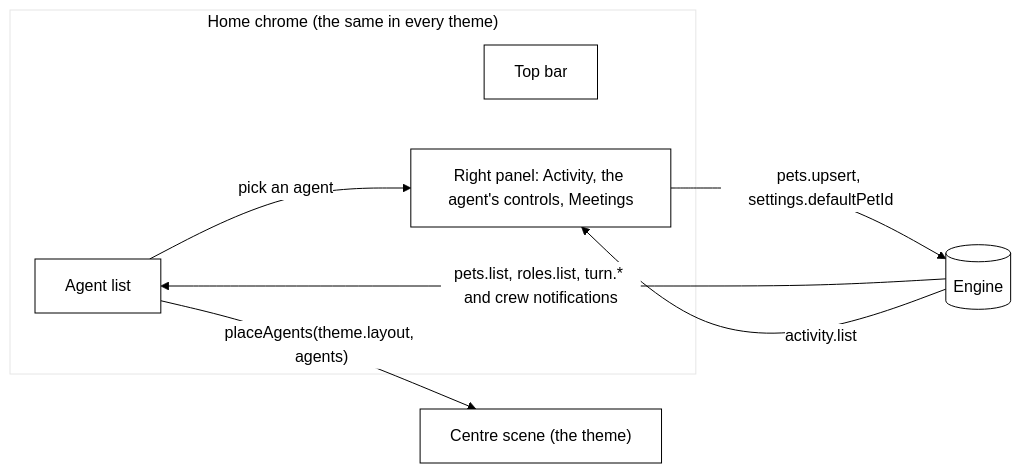
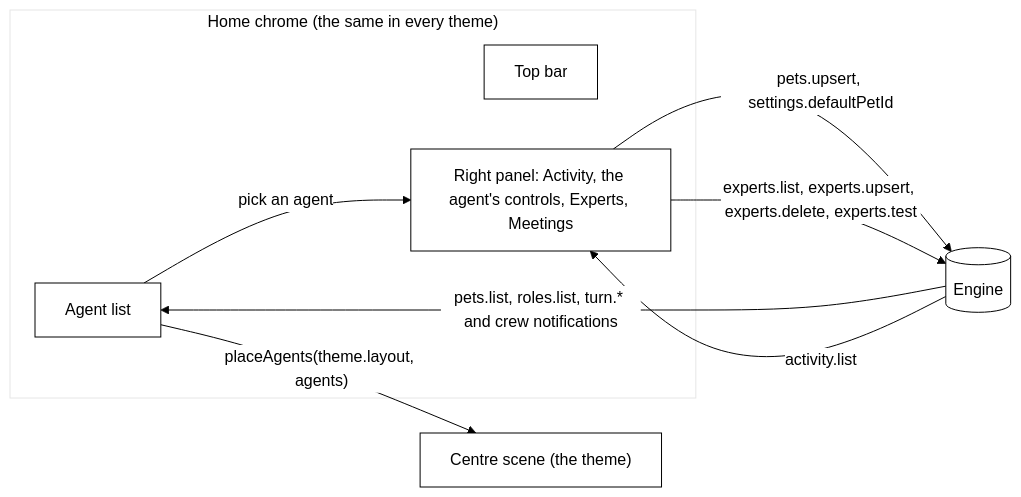
One commit to nadeem4/tagalong changed the fifth of 8 diagrams in docs/architecture.md. Above: the diagram before and after it, drawn with Mermaid. The commit also changed other lines of this file and 16 other files, not shown here.

````diff
--- a/docs/architecture.md
+++ b/docs/architecture.md
@@ -718,15 +729,16 @@
 ```mermaid
 %%{init: {"theme": "base", "themeVariables": {"primaryColor": "#ffffff", "primaryTextColor": "#000000", "primaryBorderColor": "#000000", "lineColor": "#000000", "secondaryColor": "#ffffff", "tertiaryColor": "#ffffff", "background": "#ffffff"}}}%%
 flowchart LR
   subgraph Chrome["Home chrome (the same in every theme)"]
     Bar[Top bar]
     List[Agent list]
-    Side["Right panel: Activity, the agent's controls, Meetings"]
+    Side["Right panel: Activity, the agent's controls, Experts, Meetings"]
   end
   Scene["Centre scene (the theme)"]
   Engine[(Engine)] -- "pets.list, roles.list, turn.* and crew notifications" --> List
   Engine -- "activity.list" --> Side
   List -- "pick an agent" --> Side
   Side -- "pets.upsert, settings.defaultPetId" --> Engine
+  Side -- "experts.list, experts.upsert, experts.delete, experts.test" --> Engine
   List -- "placeAgents(theme.layout, agents)" --> Scene
 ```
````
